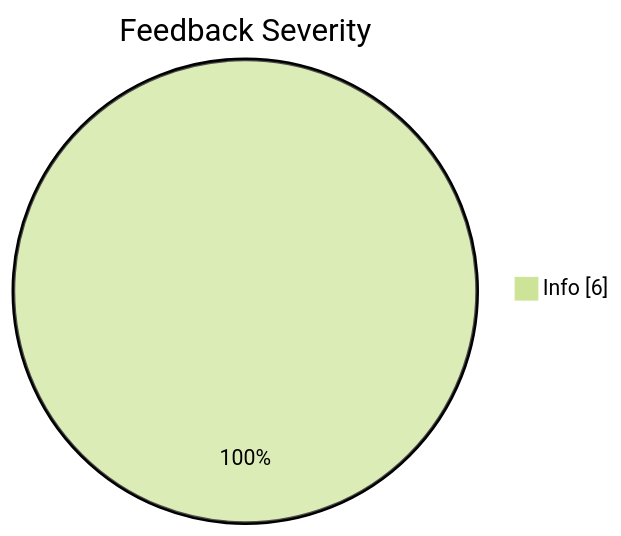
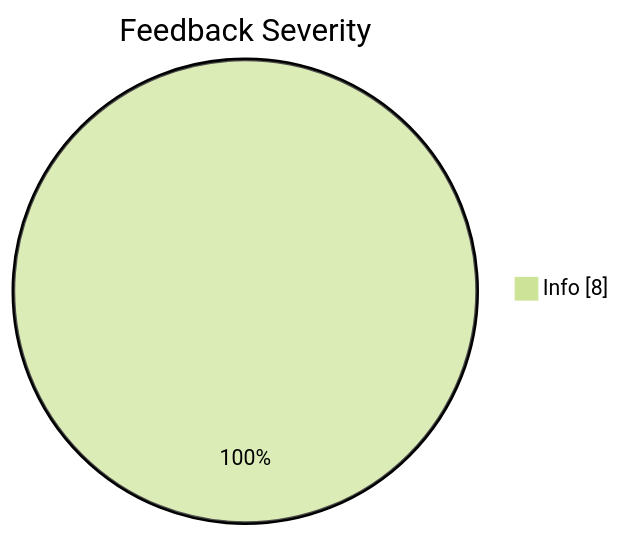
The fifth of 6 diagrams in README.md (JakubPawinski/gitcode-solutions), drawn with Mermaid (forest theme) before and after one commit. The commit also changed other lines of this file, not shown here.

````diff
--- a/README.md
+++ b/README.md
@@ -174,5 +174,5 @@
 ```mermaid
 pie showData
     title Feedback Severity
-    "Info" : 6
+    "Info" : 8
 ```
````
